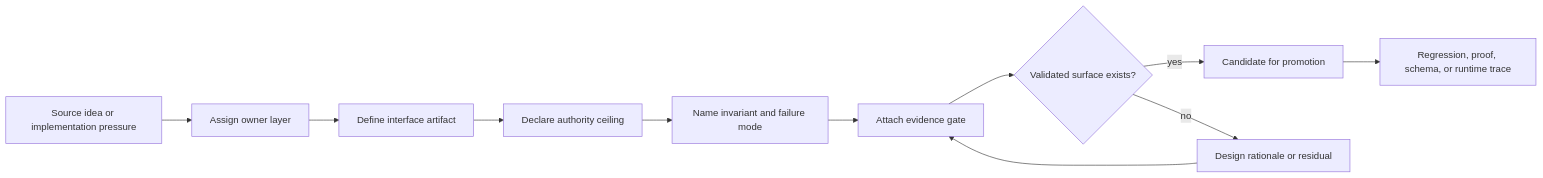
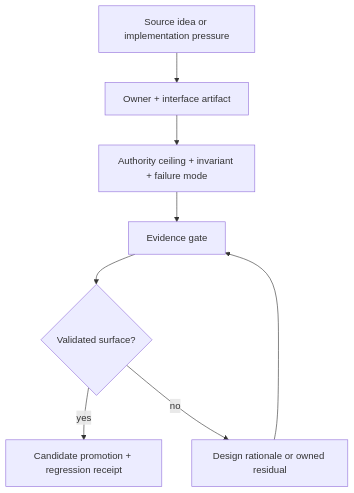
The second of 2 diagrams in chapters/asi-is-a-stack-not-a-model.qmd (corbensorenson/asi-stack-book), drawn with Mermaid before and after one commit. The commit also changed other lines of this file and 31 other files, not shown here.

````diff
--- a/chapters/asi-is-a-stack-not-a-model.qmd
+++ b/chapters/asi-is-a-stack-not-a-model.qmd
@@ -161,13 +155,10 @@
 ```{mermaid}
-flowchart LR
-  A["Source idea or implementation pressure"] --> B["Assign owner layer"]
-  B --> C["Define interface artifact"]
-  C --> D["Declare authority ceiling"]
-  D --> E["Name invariant and failure mode"]
-  E --> F["Attach evidence gate"]
-  F --> G{"Validated surface exists?"}
-  G -- "yes" --> H["Candidate for promotion"]
-  G -- "no" --> I["Design rationale or residual"]
-  H --> J["Regression, proof, schema, or runtime trace"]
-  I --> F
+flowchart TB
+  A["Source idea or implementation pressure"] --> B["Owner + interface artifact"]
+  B --> C["Authority ceiling + invariant + failure mode"]
+  C --> D["Evidence gate"]
+  D --> E{"Validated surface?"}
+  E -- "yes" --> F["Candidate promotion + regression receipt"]
+  E -- "no" --> G["Design rationale or owned residual"]
+  G --> D
 ```
````
